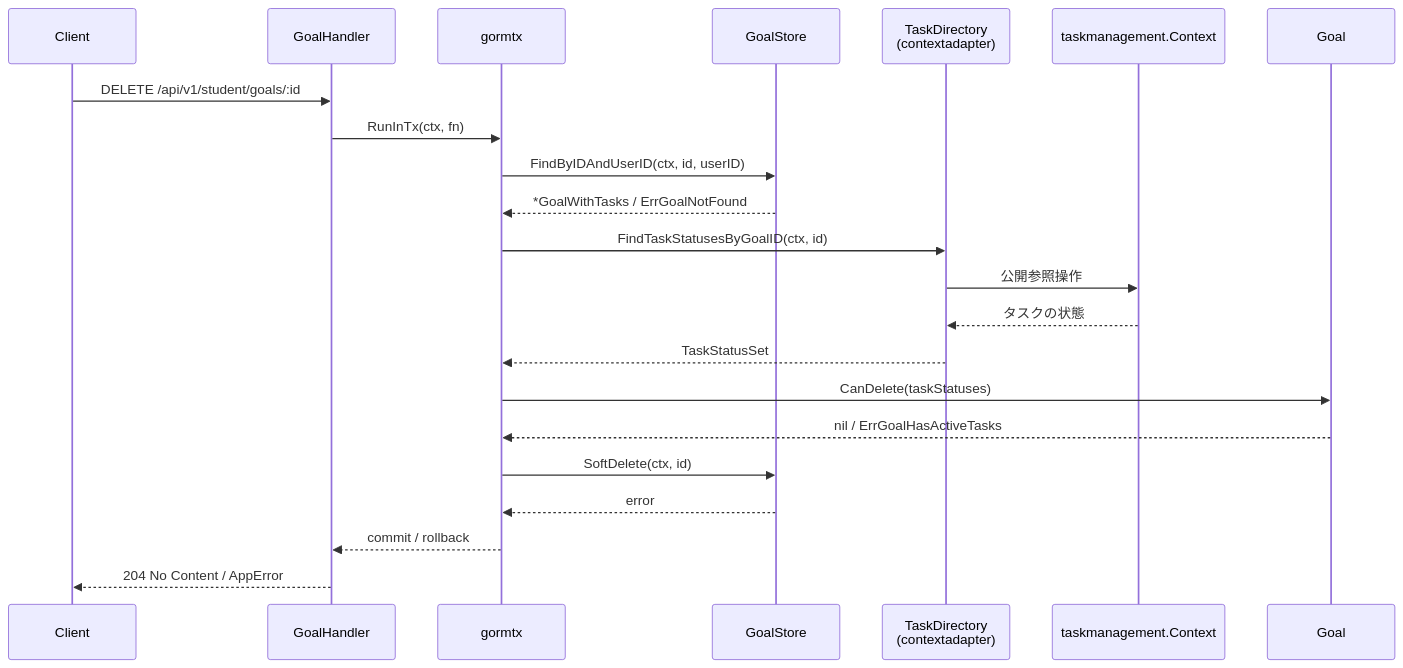
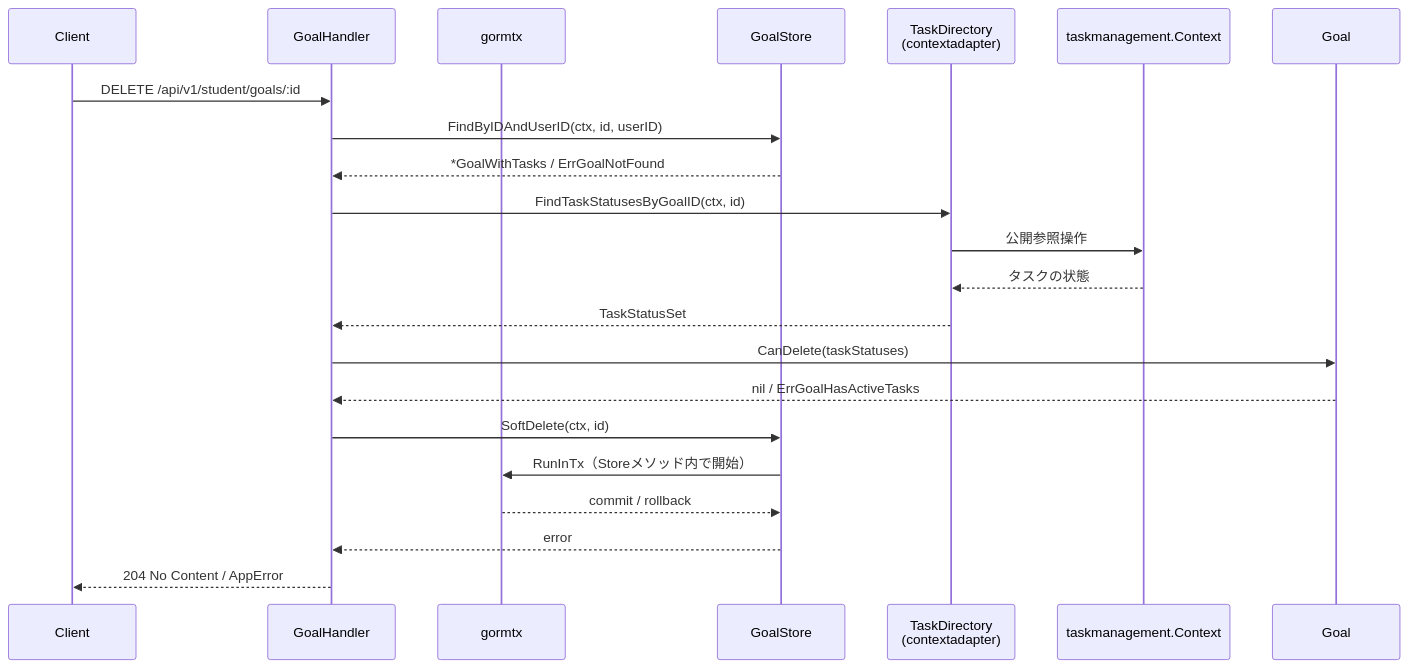
The third of 7 diagrams in 計画書/Go実装仕様書/目標管理機能_Go実装仕様書.md (yuta20253/edu-platform-go-design), drawn with Mermaid before and after one commit. The commit also changed other lines of this file and 2 other files, not shown here.

````diff
--- a/計画書/Go実装仕様書/目標管理機能_Go実装仕様書.md
+++ b/計画書/Go実装仕様書/目標管理機能_Go実装仕様書.md
@@ -309,25 +311,25 @@
 ```mermaid
 sequenceDiagram
     participant C as Client
     participant H as GoalHandler
     participant TX as gormtx
     participant GS as GoalStore
     participant TD as TaskDirectory<br/>(contextadapter)
     participant TC as taskmanagement.Context
     participant G as Goal
 
     C->>H: DELETE /api/v1/student/goals/:id
-    H->>TX: RunInTx(ctx, fn)
-    TX->>GS: FindByIDAndUserID(ctx, id, userID)
-    GS-->>TX: *GoalWithTasks / ErrGoalNotFound
-    TX->>TD: FindTaskStatusesByGoalID(ctx, id)
+    H->>GS: FindByIDAndUserID(ctx, id, userID)
+    GS-->>H: *GoalWithTasks / ErrGoalNotFound
+    H->>TD: FindTaskStatusesByGoalID(ctx, id)
     TD->>TC: 公開参照操作
     TC-->>TD: タスクの状態
-    TD-->>TX: TaskStatusSet
-    TX->>G: CanDelete(taskStatuses)
-    G-->>TX: nil / ErrGoalHasActiveTasks
-    TX->>GS: SoftDelete(ctx, id)
-    GS-->>TX: error
-    TX-->>H: commit / rollback
+    TD-->>H: TaskStatusSet
+    H->>G: CanDelete(taskStatuses)
+    G-->>H: nil / ErrGoalHasActiveTasks
+    H->>GS: SoftDelete(ctx, id)
+    GS->>TX: RunInTx（Storeメソッド内で開始）
+    TX-->>GS: commit / rollback
+    GS-->>H: error
     H-->>C: 204 No Content / AppError
 ```
````
